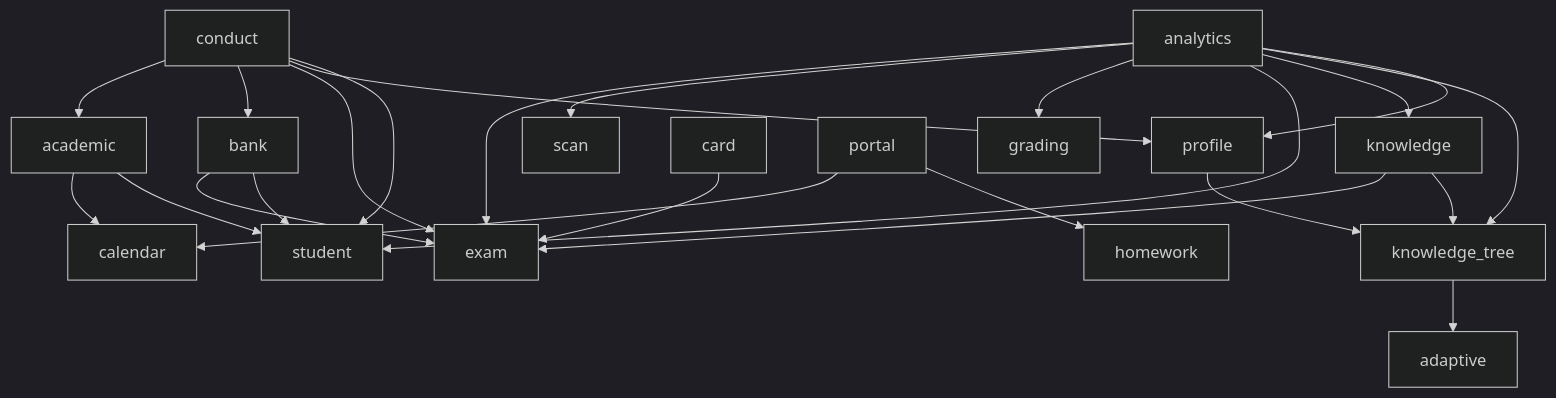
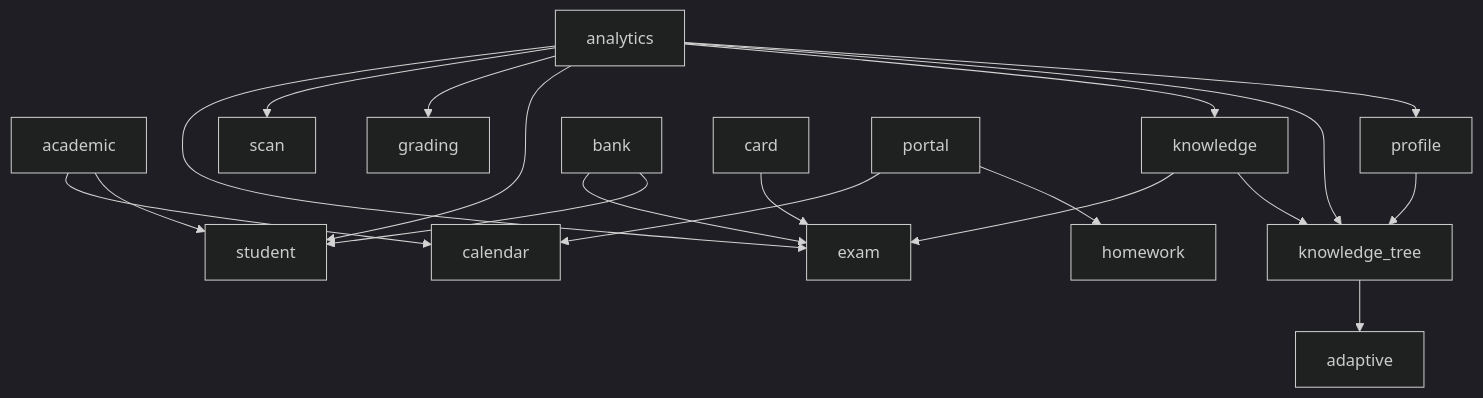
The diagram in docs/governance/dependency-graph.md (juanwan99/edu-cloud), drawn with Mermaid (dark theme) before and after one commit. The commit also changed 14 other files, not shown here.

````diff
--- a/docs/governance/dependency-graph.md
+++ b/docs/governance/dependency-graph.md
@@ -5,26 +5,21 @@
 ```mermaid
 flowchart TD
   academic --> calendar
   academic --> student
   analytics --> exam
   analytics --> scan
   analytics --> grading
   analytics --> student
   analytics --> knowledge
   analytics --> knowledge_tree
   analytics --> profile
   bank --> exam
   bank --> student
   card --> exam
-  conduct --> academic
-  conduct --> bank
-  conduct --> exam
-  conduct --> profile
-  conduct --> student
   knowledge --> exam
   knowledge --> knowledge_tree
   knowledge_tree --> adaptive
   portal --> calendar
   portal --> homework
   profile --> knowledge_tree
 ```
````
